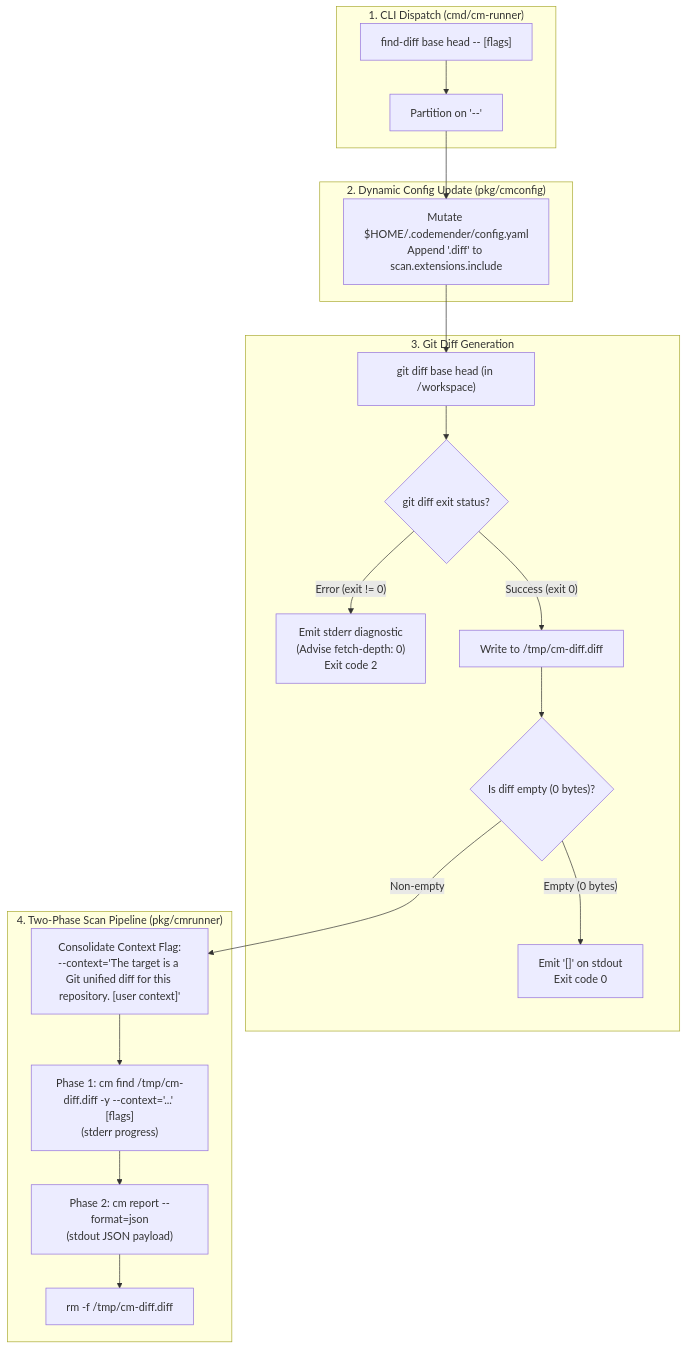
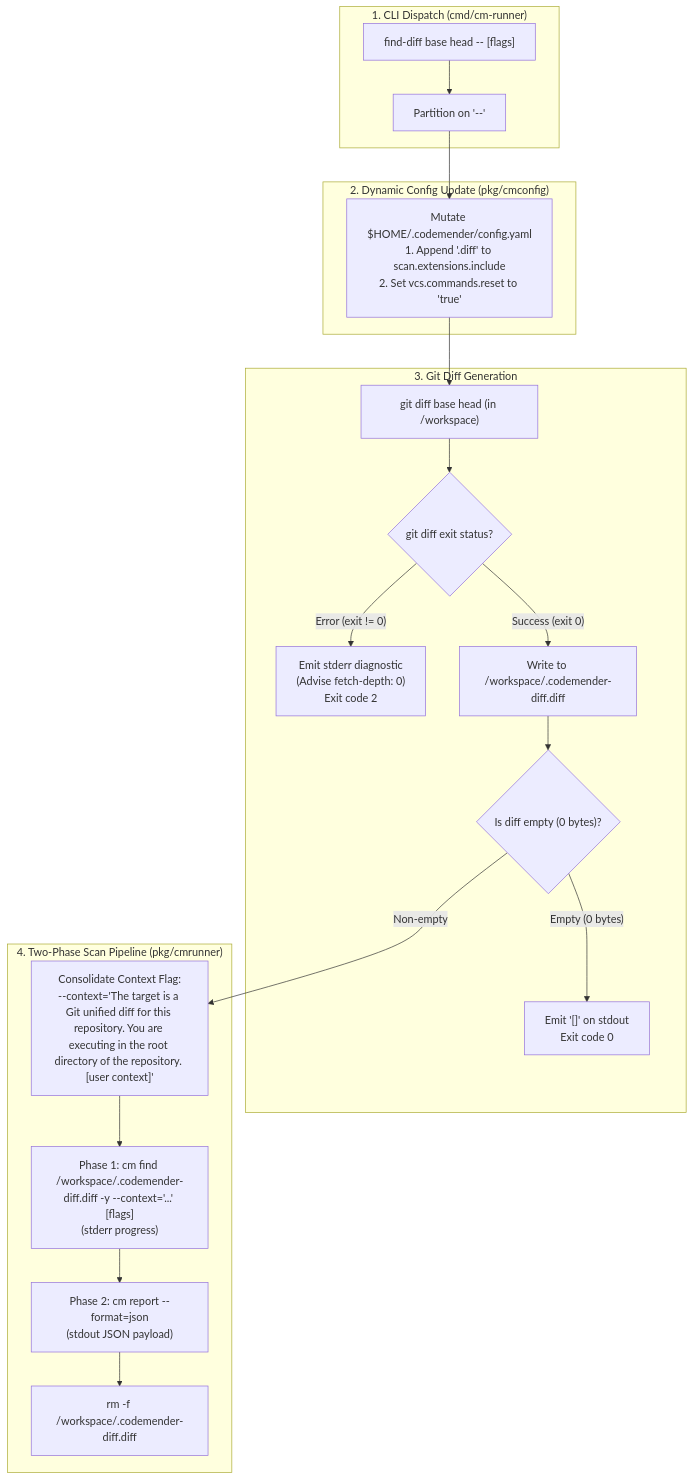
Before and after one commit to cledoux/cm-connect: the first of 2 diagrams in adrs/ADR-0007.md, drawn with Mermaid. The commit also changed other lines of this file and 2 other files, not shown here.

First line of the commit message:
docs(spec): anchor find-diff in repository root with disabled VCS reset

````diff
--- a/adrs/ADR-0007.md
+++ b/adrs/ADR-0007.md
@@ -140,35 +157,35 @@
 ```mermaid
 flowchart TD
     subgraph Input["1. CLI Dispatch (cmd/cm-runner)"]
         RawArgs["find-diff base head -- [flags]"]
         Partition["Partition on '--'"]
     end
 
     subgraph Config["2. Dynamic Config Update (pkg/cmconfig)"]
-        Mutate["Mutate $HOME/.codemender/config.yaml<br>Append '.diff' to scan.extensions.include"]
+        Mutate["Mutate $HOME/.codemender/config.yaml<br>1. Append '.diff' to scan.extensions.include<br>2. Set vcs.commands.reset to 'true'"]
     end
 
     subgraph DiffGen["3. Git Diff Generation"]
         GitExec["git diff base head (in /workspace)"]
         GitCheck{"git diff exit status?"}
         GitError["Emit stderr diagnostic<br>(Advise fetch-depth: 0)<br>Exit code 2"]
-        WriteScratch["Write to /tmp/cm-diff.diff"]
+        WriteScratch["Write to /workspace/.codemender-diff.diff"]
         EmptyCheck{"Is diff empty (0 bytes)?"}
         FastExit["Emit '[]' on stdout<br>Exit code 0"]
     end
 
     subgraph Execution["4. Two-Phase Scan Pipeline (pkg/cmrunner)"]
-        PromptPrep["Consolidate Context Flag:<br>--context='The target is a Git unified diff for this repository. [user context]'"]
-        Phase1["Phase 1: cm find /tmp/cm-diff.diff -y --context='...' [flags]<br>(stderr progress)"]
+        PromptPrep["Consolidate Context Flag:<br>--context='The target is a Git unified diff for this repository. You are executing in the root directory of the repository. [user context]'"]
+        Phase1["Phase 1: cm find /workspace/.codemender-diff.diff -y --context='...' [flags]<br>(stderr progress)"]
         Phase2["Phase 2: cm report --format=json<br>(stdout JSON payload)"]
-        Cleanup["rm -f /tmp/cm-diff.diff"]
+        Cleanup["rm -f /workspace/.codemender-diff.diff"]
     end
 
     RawArgs --> Partition
     Partition --> Mutate
     Mutate --> GitExec --> GitCheck
     GitCheck -->|"Error (exit != 0)"| GitError
     GitCheck -->|"Success (exit 0)"| WriteScratch --> EmptyCheck
     EmptyCheck -->|"Empty (0 bytes)"| FastExit
     EmptyCheck -->|"Non-empty"| PromptPrep --> Phase1 --> Phase2 --> Cleanup
 ```
````
